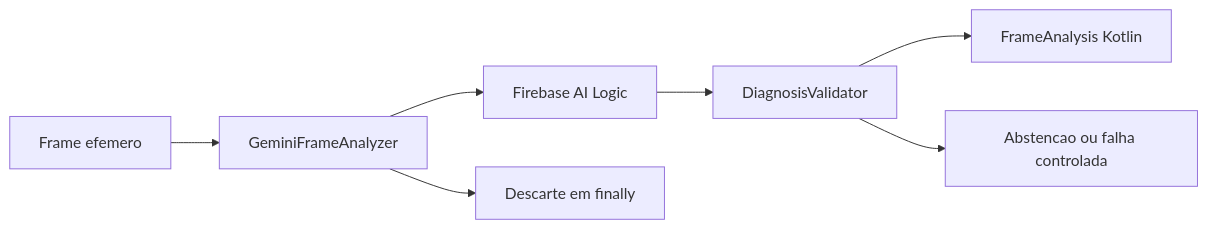
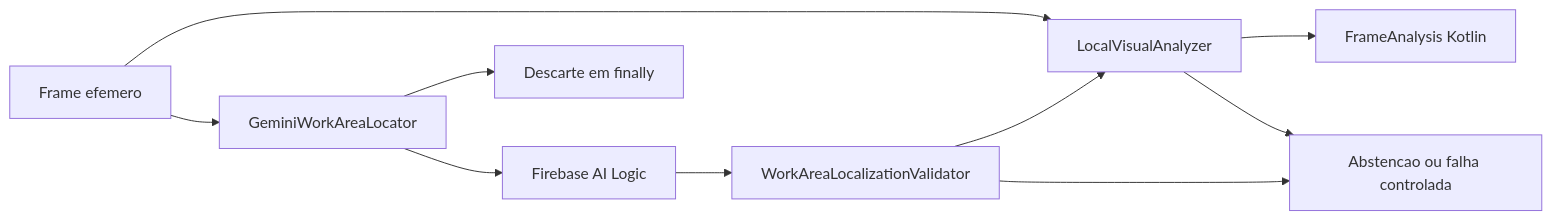
Before and after one commit to albuquerquesz/olivia: the diagram in docs/spec-driven-development/05-classificacao-visual/diagram.mmd, drawn with Mermaid. The commit also changed other lines of this file and 57 other files, not shown here.

Commit message:
feat: Refactor vision to ROI + local diagnostics

```diff
--- a/docs/spec-driven-development/05-classificacao-visual/diagram.mmd
+++ b/docs/spec-driven-development/05-classificacao-visual/diagram.mmd
@@ -1,7 +1,10 @@
 flowchart LR
-  Frame[Frame efemero] --> Adapter[GeminiFrameAnalyzer]
-  Adapter --> Firebase[Firebase AI Logic]
-  Firebase --> Validator[DiagnosisValidator]
-  Validator --> Domain[FrameAnalysis Kotlin]
+  Frame[Frame efemero] --> Locator[GeminiWorkAreaLocator]
+  Locator --> Firebase[Firebase AI Logic]
+  Firebase --> Validator[WorkAreaLocalizationValidator]
+  Validator --> LocalVision[LocalVisualAnalyzer]
+  Frame --> LocalVision
+  LocalVision --> Domain[FrameAnalysis Kotlin]
   Validator --> Failure[Abstencao ou falha controlada]
-  Adapter --> Release[Descarte em finally]
+  LocalVision --> Failure
+  Locator --> Release[Descarte em finally]
```
